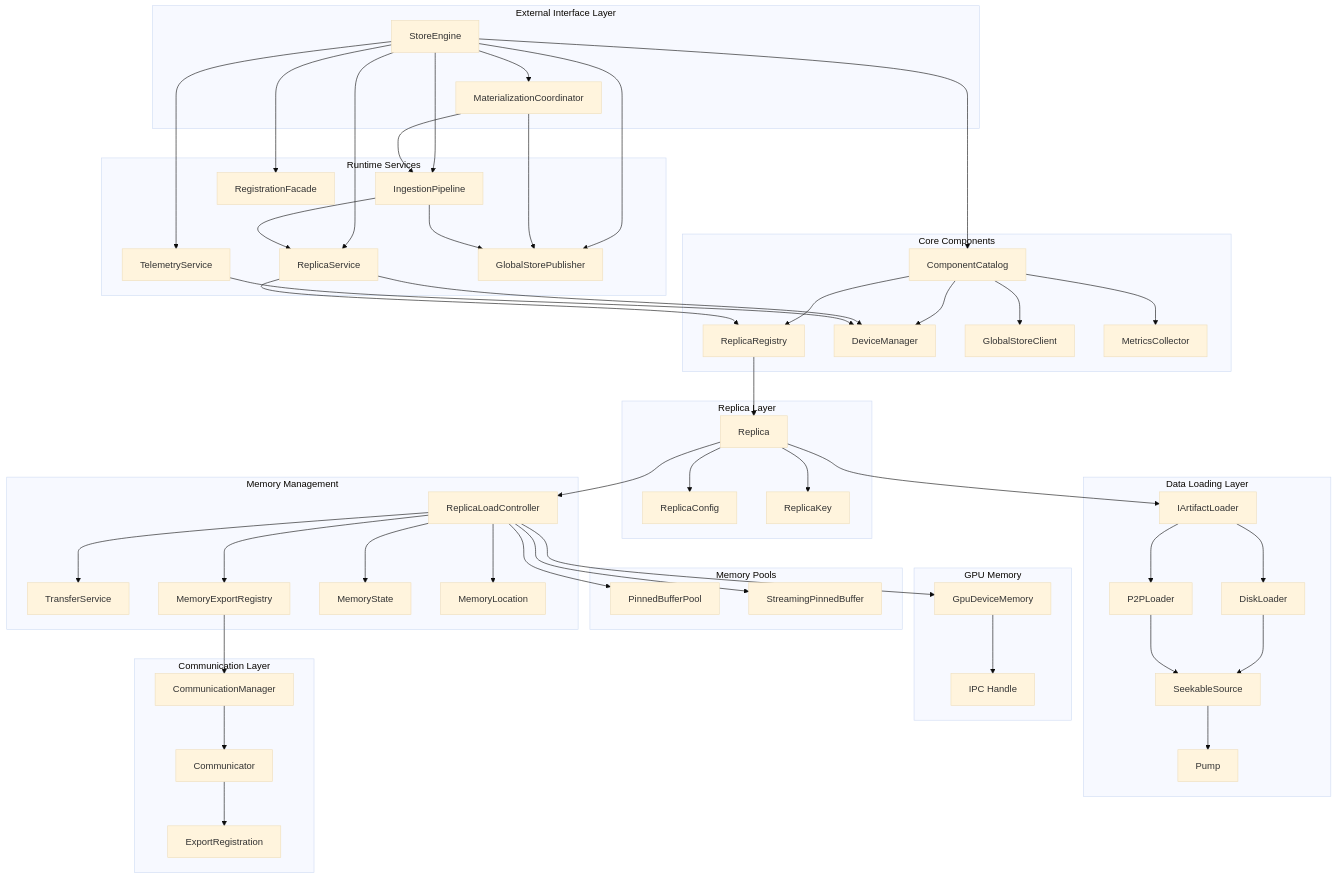
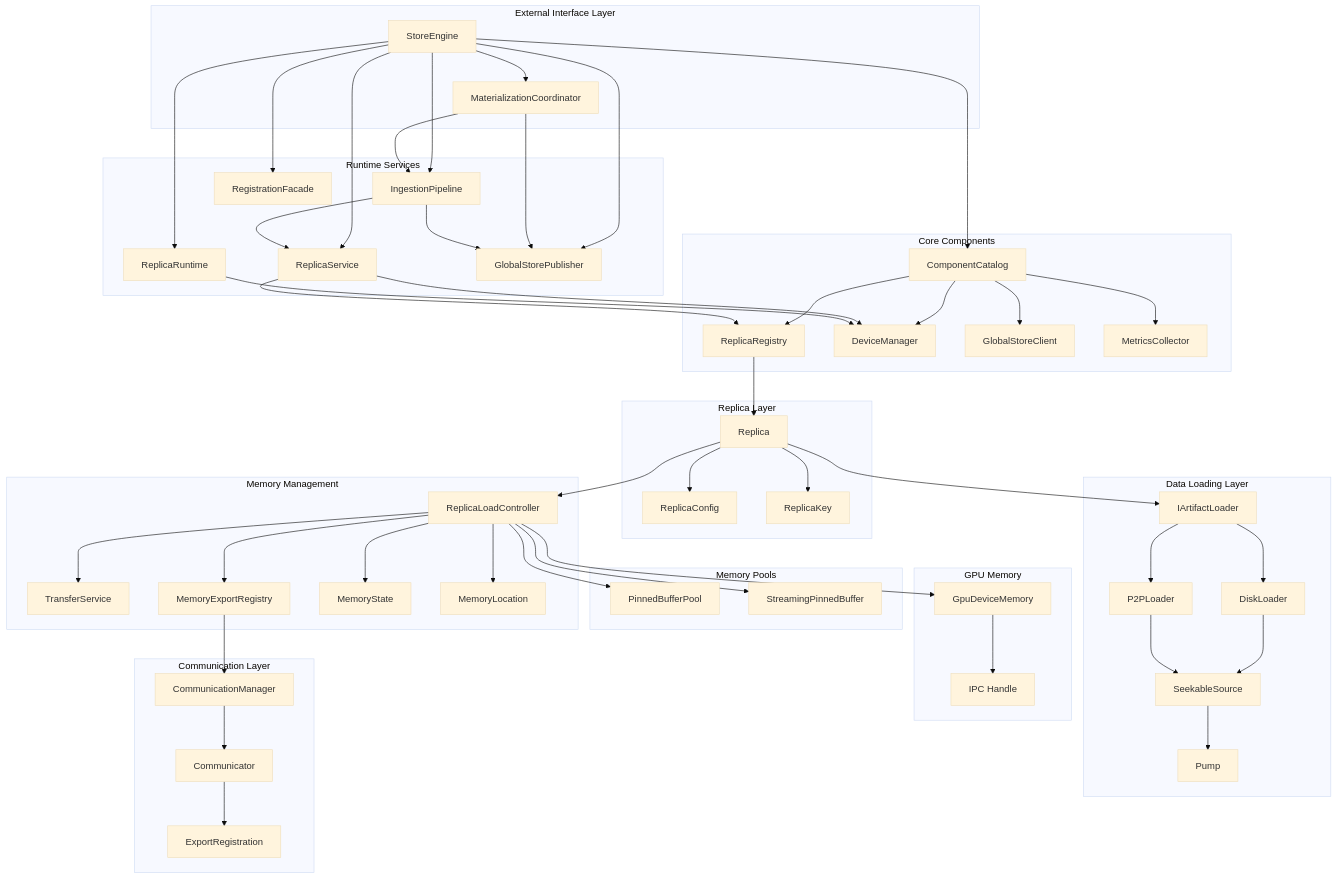
One commit to tensorcast-ai/tensorcast changed the first of 14 diagrams in core/store/docs/architecture.md. Above: the diagram before and after it, drawn with Mermaid (base theme). The commit also changed other lines of this file and 45 other files, not shown here.

Commit message:
refactor(store): rearchitect runtime components for improved modularity

```diff
--- a/core/store/docs/architecture.md
+++ b/core/store/docs/architecture.md
@@ -70,7 +70,7 @@
 
     subgraph "Runtime Services"
         RS[ReplicaService]
-        TP[TelemetryService]
+        TP[ReplicaRuntime]
         GP[GlobalStorePublisher]
         IP[IngestionPipeline]
         RF[RegistrationFacade]
```
